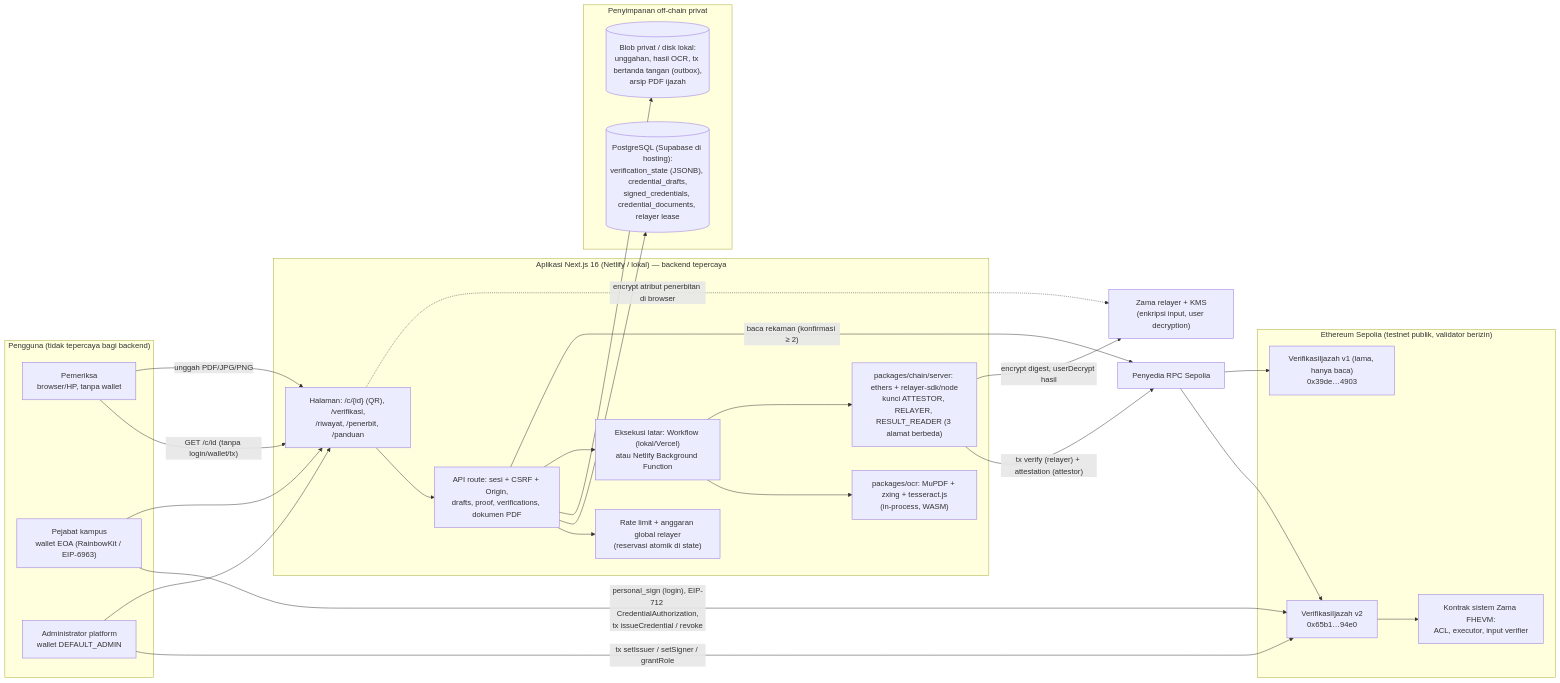
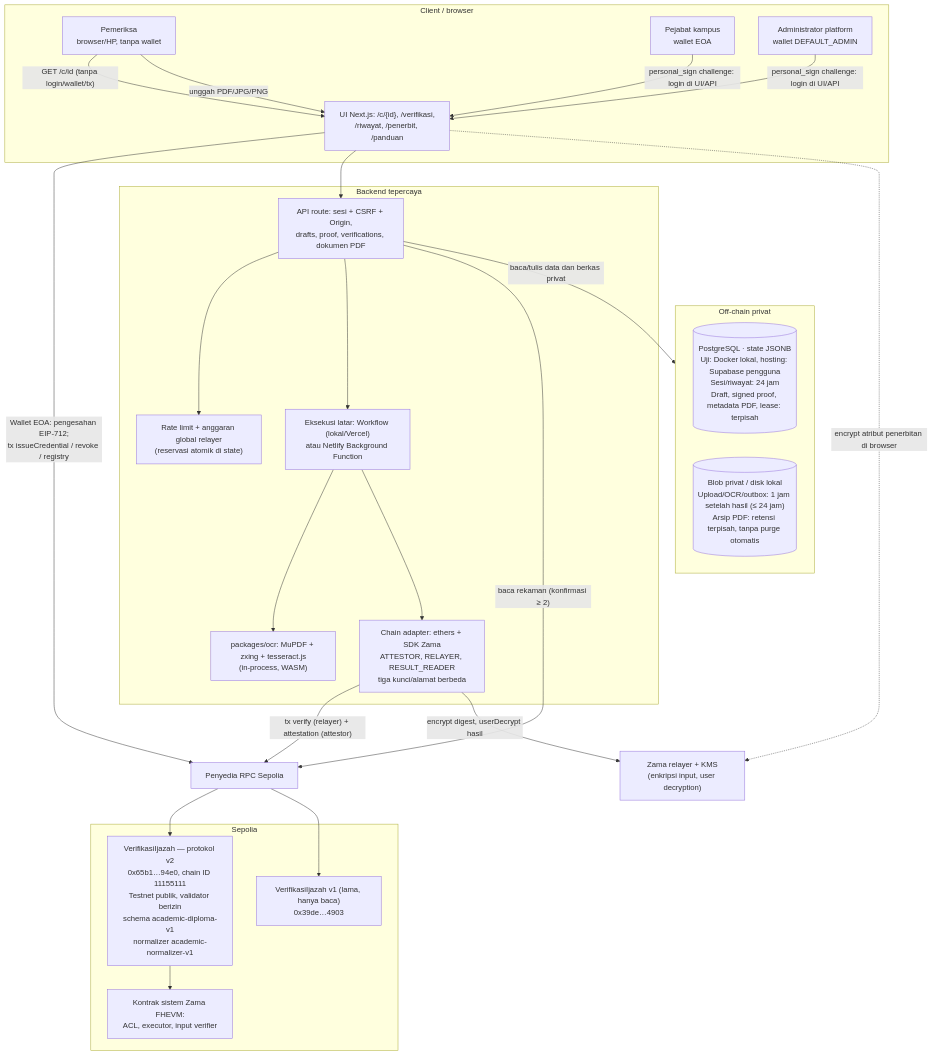
The diagram in docs/uas/diagrams/architecture.mmd (ulmaulana/fhe-diploma-verifier-v2), drawn with Mermaid before and after one commit. The commit also changed 10 other files, not shown here.

Commit message:
docs: render and verify final UAS architecture and transaction diagrams

```diff
--- a/docs/uas/diagrams/architecture.mmd
+++ b/docs/uas/diagrams/architecture.mmd
@@ -1,50 +1,48 @@
 %% Arsitektur Verifikasi Ijazah (versi final UAS, kontrak v2). Subgraph = batas kepercayaan.
-flowchart LR
-  subgraph USERS["Pengguna (tidak tepercaya bagi backend)"]
+flowchart TB
+  subgraph USERS["Client / browser"]
     P["Pemeriksa<br/>browser/HP, tanpa wallet"]
-    K["Pejabat kampus<br/>wallet EOA (RainbowKit / EIP-6963)"]
+    K["Pejabat kampus<br/>wallet EOA"]
     A["Administrator platform<br/>wallet DEFAULT_ADMIN"]
+    UI["UI Next.js: /c/{id}, /verifikasi,<br/>/riwayat, /penerbit, /panduan"]
   end
 
-  subgraph WEB["Aplikasi Next.js 16 (Netlify / lokal) — backend tepercaya"]
-    UI["Halaman: /c/{id} (QR), /verifikasi,<br/>/riwayat, /penerbit, /panduan"]
+  subgraph WEB["Backend tepercaya"]
     API["API route: sesi + CSRF + Origin,<br/>drafts, proof, verifications, dokumen PDF"]
     RL["Rate limit + anggaran global relayer<br/>(reservasi atomik di state)"]
     WF["Eksekusi latar: Workflow (lokal/Vercel)<br/>atau Netlify Background Function"]
     OCR["packages/ocr: MuPDF + zxing + tesseract.js<br/>(in-process, WASM)"]
-    CHS["packages/chain/server: ethers + relayer-sdk/node<br/>kunci ATTESTOR, RELAYER, RESULT_READER (3 alamat berbeda)"]
+    CHS["Chain adapter: ethers + SDK Zama<br/>ATTESTOR, RELAYER, RESULT_READER<br/>tiga kunci/alamat berbeda"]
   end
 
-  subgraph STORE["Penyimpanan off-chain privat"]
-    DB[("PostgreSQL (Supabase di hosting):<br/>verification_state (JSONB), credential_drafts,<br/>signed_credentials, credential_documents, relayer lease")]
-    BL[("Blob privat / disk lokal:<br/>unggahan, hasil OCR, tx bertanda tangan (outbox),<br/>arsip PDF ijazah")]
+  subgraph STORE["Off-chain privat"]
+    DB[("PostgreSQL · state JSONB<br/>Uji: Docker lokal, hosting: Supabase pengguna<br/>Sesi/riwayat: 24 jam<br/>Draft, signed proof, metadata PDF, lease: terpisah")]
+    BL[("Blob privat / disk lokal<br/>Upload/OCR/outbox: 1 jam setelah hasil (≤ 24 jam)<br/>Arsip PDF: retensi terpisah, tanpa purge otomatis")]
   end
 
-  subgraph CHAIN["Ethereum Sepolia (testnet publik, validator berizin)"]
-    SC["VerifikasiIjazah v2<br/>0x65b1…94e0"]
+  subgraph CHAIN["Sepolia"]
+    SC["VerifikasiIjazah — protokol v2<br/>0x65b1…94e0, chain ID 11155111<br/>Testnet publik, validator berizin<br/>schema academic-diploma-v1<br/>normalizer academic-normalizer-v1"]
     LG["VerifikasiIjazah v1 (lama, hanya baca)<br/>0x39de…4903"]
     Z["Kontrak sistem Zama FHEVM:<br/>ACL, executor, input verifier"]
   end
 
   KMS["Zama relayer + KMS<br/>(enkripsi input, user decryption)"]
   RPC["Penyedia RPC Sepolia"]
 
   P -->|"GET /c/id (tanpa login/wallet/tx)"| UI
   P -->|"unggah PDF/JPG/PNG"| UI
-  K -->|"personal_sign (login), EIP-712 CredentialAuthorization,<br/>tx issueCredential / revoke"| SC
-  A -->|"tx setIssuer / setSigner / grantRole"| SC
-  K --> UI
-  A --> UI
+  K -->|"personal_sign challenge: login di UI/API"| UI
+  A -->|"personal_sign challenge: login di UI/API"| UI
+  UI -->|"Wallet EOA: pengesahan EIP-712;<br/>tx issueCredential / revoke / registry"| RPC
   UI --> API --> RL
-  API --> DB
-  API --> BL
+  API -->|"baca/tulis data dan berkas privat"| STORE
   API --> WF
   WF --> OCR
   WF --> CHS
   CHS -->|"tx verify (relayer) + attestation (attestor)"| RPC
   API -->|"baca rekaman (konfirmasi ≥ 2)"| RPC
   RPC --> SC
   RPC --> LG
   SC --> Z
   CHS -->|"encrypt digest, userDecrypt hasil"| KMS
   UI -.->|"encrypt atribut penerbitan di browser"| KMS
```
